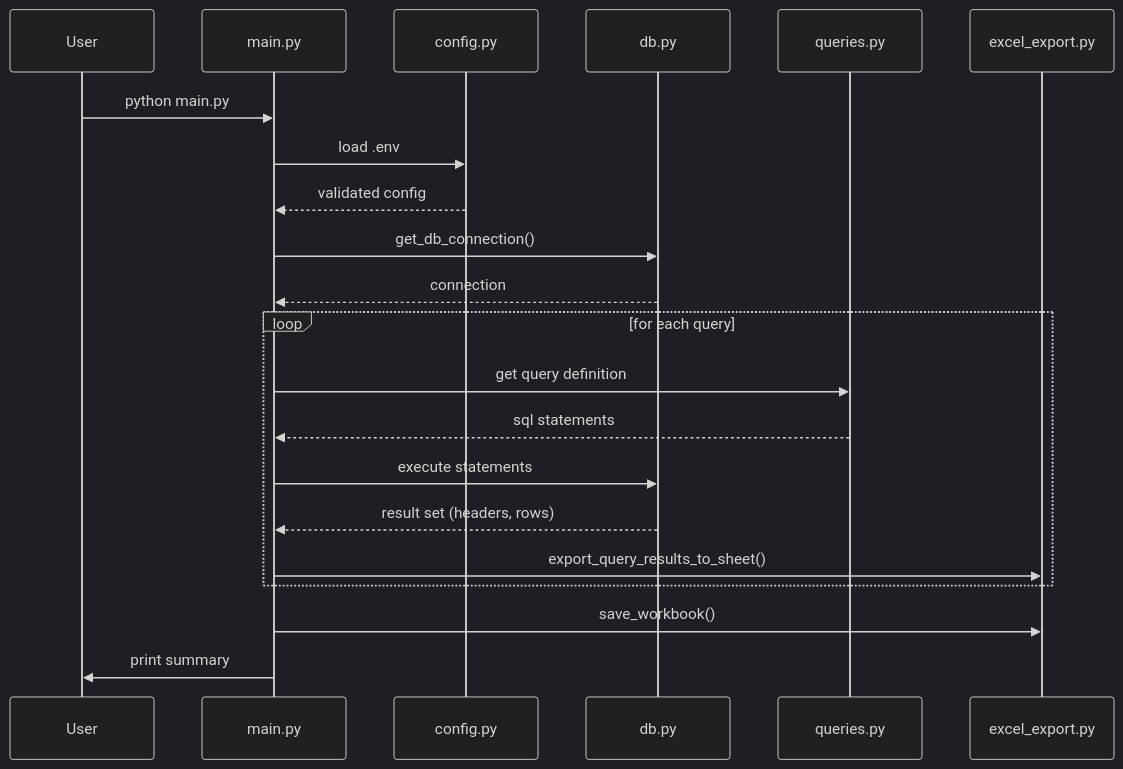
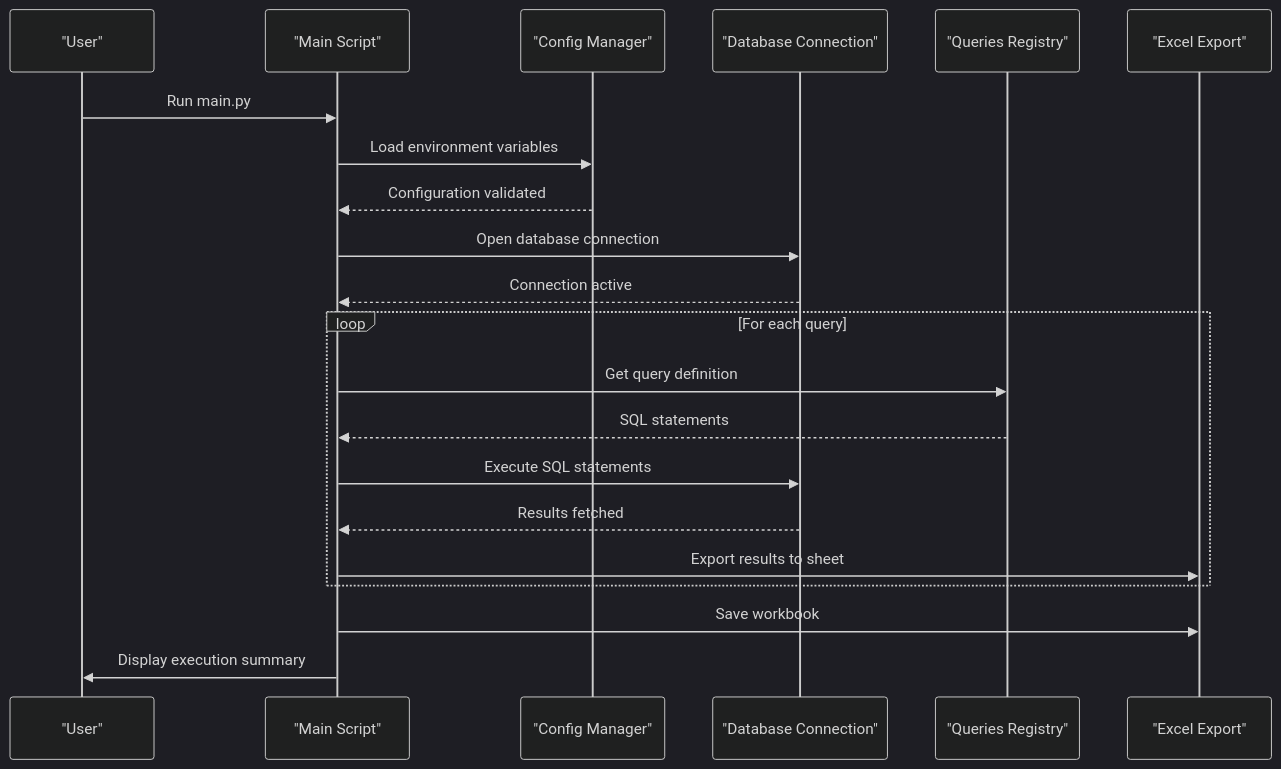
The second of 2 diagrams in README.md (PS-Dev-Dadhania/postgresql-query-automation), drawn with Mermaid (dark theme) before and after one commit. The commit also changed other lines of this file, not shown here.

Commit message:
Fix Mermaid diagram parsing errors in README.md

````diff
--- a/README.md
+++ b/README.md
@@ -67,23 +67,24 @@
 ```mermaid
 sequenceDiagram
-    participant User
-    participant Script as main.py
-    participant Config as config.py
-    participant DB as db.py
-    participant Queries as queries.py
-    participant Excel as excel_export.py
-    User->>Script: python main.py
-    Script->>Config: load .env
-    Config-->>Script: validated config
-    Script->>DB: get_db_connection()
-    DB-->>Script: connection
-    loop for each query
-        Script->>Queries: get query definition
-        Queries-->>Script: sql statements
-        Script->>DB: execute statements
-        DB-->>Script: result set (headers, rows)
-        Script->>Excel: export_query_results_to_sheet()
+    participant User as "User"
+    participant Script as "Main Script"
+    participant Config as "Config Manager"
+    participant DB as "Database Connection"
+    participant Queries as "Queries Registry"
+    participant Excel as "Excel Export"
+
+    User->>Script: Run main.py
+    Script->>Config: Load environment variables
+    Config-->>Script: Configuration validated
+    Script->>DB: Open database connection
+    DB-->>Script: Connection active
+    loop For each query
+        Script->>Queries: Get query definition
+        Queries-->>Script: SQL statements
+        Script->>DB: Execute SQL statements
+        DB-->>Script: Results fetched
+        Script->>Excel: Export results to sheet
     end
-    Script->>Excel: save_workbook()
-    Script->>User: print summary
+    Script->>Excel: Save workbook
+    Script->>User: Display execution summary
 ```
````
